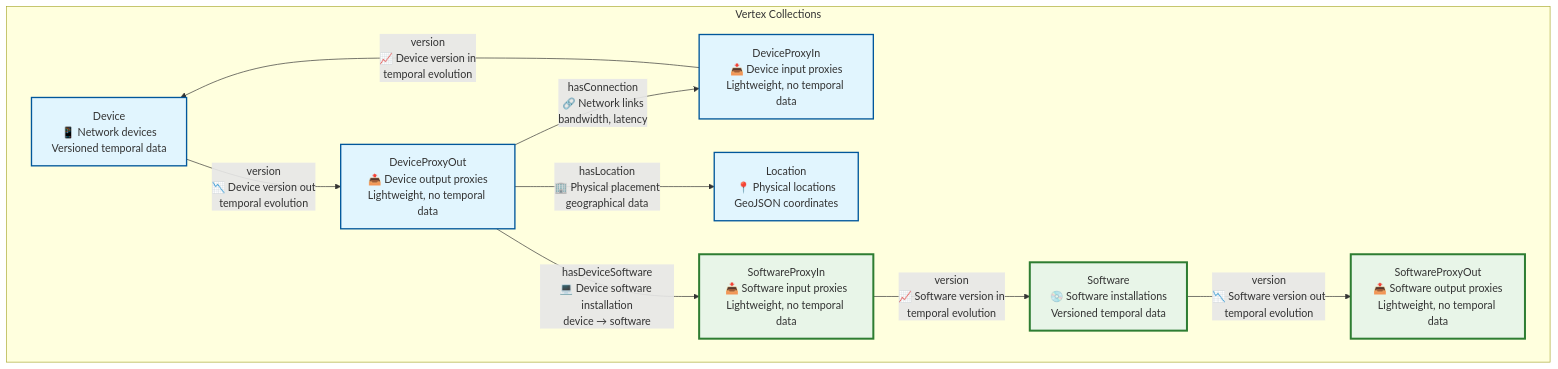
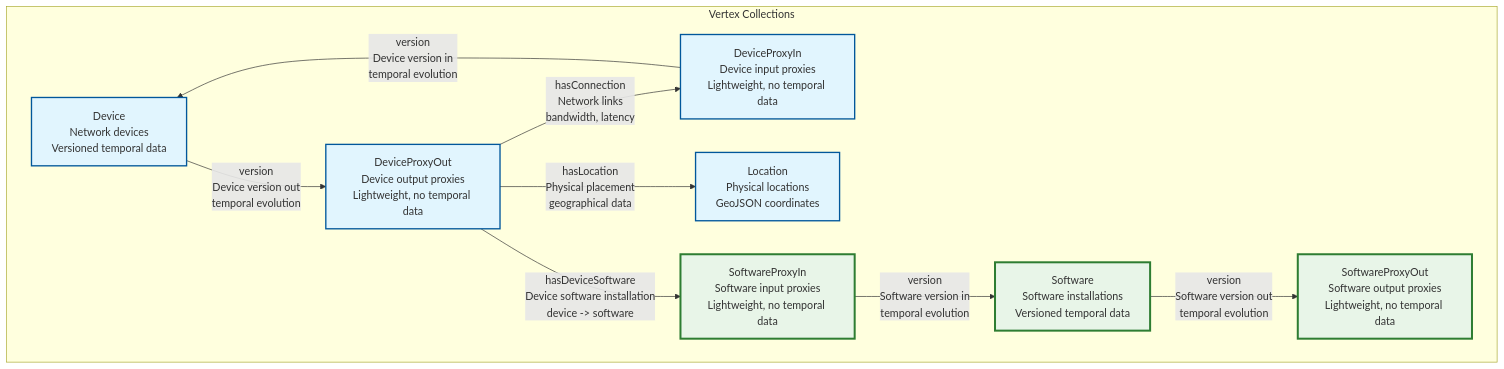
Before and after one commit to ArthurKeen/scalable-multi-tenant-temporal-graph-reference-implementation: the first of 2 diagrams in README.md, drawn with Mermaid. The commit also changed other lines of this file, not shown here.

````diff
--- a/README.md
+++ b/README.md
@@ -38,38 +38,38 @@
 ```mermaid
 graph TB
     %% Vertex Collections (W3C OWL naming - PascalCase, singular)
     subgraph "Vertex Collections"
-        D[Device<br/>📱 Network devices<br/>Versioned temporal data]
-        DPI[DeviceProxyIn<br/>📥 Device input proxies<br/>Lightweight, no temporal data]
-        DPO[DeviceProxyOut<br/>📤 Device output proxies<br/>Lightweight, no temporal data]
-        S[Software<br/>💿 Software installations<br/>Versioned temporal data]
-        SPI[SoftwareProxyIn<br/>📥 Software input proxies<br/>Lightweight, no temporal data]
-        SPO[SoftwareProxyOut<br/>📤 Software output proxies<br/>Lightweight, no temporal data]
-        L[Location<br/>📍 Physical locations<br/>GeoJSON coordinates]
+        D[Device<br/>Network devices<br/>Versioned temporal data]
+        DPI[DeviceProxyIn<br/>Device input proxies<br/>Lightweight, no temporal data]
+        DPO[DeviceProxyOut<br/>Device output proxies<br/>Lightweight, no temporal data]
+        S[Software<br/>Software installations<br/>Versioned temporal data]
+        SPI[SoftwareProxyIn<br/>Software input proxies<br/>Lightweight, no temporal data]
+        SPO[SoftwareProxyOut<br/>Software output proxies<br/>Lightweight, no temporal data]
+        L[Location<br/>Physical locations<br/>GeoJSON coordinates]
     end
     
     %% Edge Collections (W3C OWL naming - camelCase, singular)
     
     %% Network connections between devices
-    DPO -->|hasConnection<br/>🔗 Network links<br/>bandwidth, latency| DPI
+    DPO -->|hasConnection<br/>Network links<br/>bandwidth, latency| DPI
     
     %% Device location relationships
-    DPO -->|hasLocation<br/>🏢 Physical placement<br/>geographical data| L
+    DPO -->|hasLocation<br/>Physical placement<br/>geographical data| L
     
     %% Device-Software relationships (CORRECTED LOGIC)
-    DPO -->|hasDeviceSoftware<br/>💻 Device software installation<br/>device → software| SPI
+    DPO -->|hasDeviceSoftware<br/>Device software installation<br/>device -> software| SPI
     
     %% Device Time Travel (existing pattern)
-    DPI -->|version<br/>📈 Device version in<br/>temporal evolution| D
-    D -->|version<br/>📉 Device version out<br/>temporal evolution| DPO
+    DPI -->|version<br/>Device version in<br/>temporal evolution| D
+    D -->|version<br/>Device version out<br/>temporal evolution| DPO
     
     %% Software Time Travel (NEW pattern)
-    SPI -->|version<br/>📈 Software version in<br/>temporal evolution| S
-    S -->|version<br/>📉 Software version out<br/>temporal evolution| SPO
+    SPI -->|version<br/>Software version in<br/>temporal evolution| S
+    S -->|version<br/>Software version out<br/>temporal evolution| SPO
     
     %% Tenant isolation indicator
     classDef tenantBox fill:#e1f5fe,stroke:#01579b,stroke-width:2px
     classDef newFeature fill:#e8f5e8,stroke:#2e7d32,stroke-width:3px
     class D,DPI,DPO,L tenantBox
     class S,SPI,SPO newFeature
 ```
````
